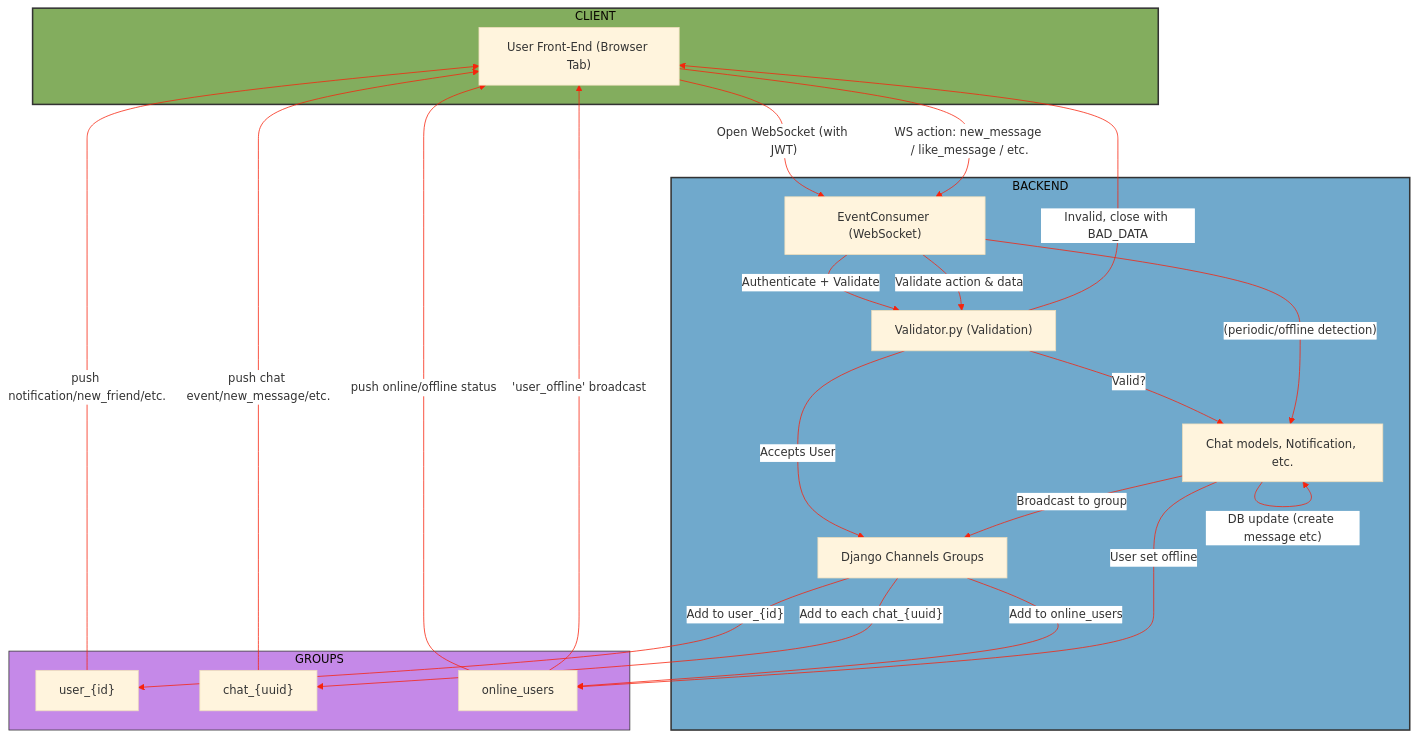
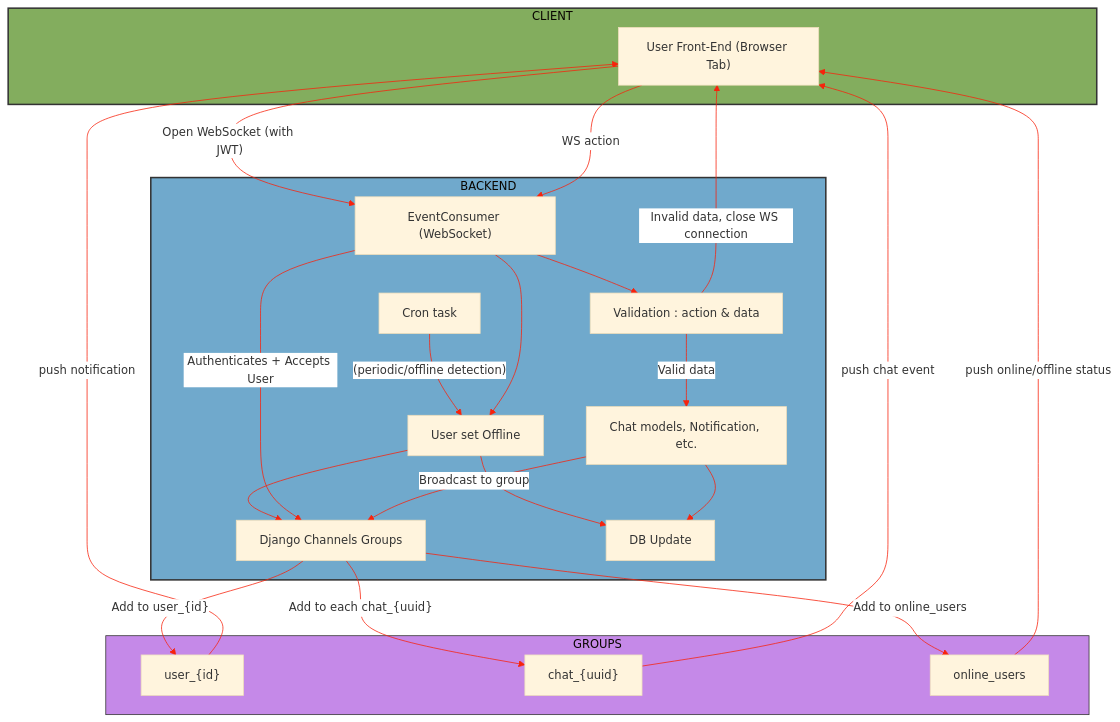
Before and after one commit to ysengoku/42-ft_transcendence: the diagram in doc/server/CHAT.md, drawn with Mermaid.

````diff
--- a/doc/server/CHAT.md
+++ b/doc/server/CHAT.md
@@ -167,69 +167,75 @@
 ```mermaid
 ---
 config:
   layout: dagre
   look: classic
   theme: base
   themeVariables:
     lineColor: '#f7230c'
     textColor: '#191919'
     fontSize: 15px
     nodeTextColor: '#000'
     edgeLabelBackground: '#fff'
 ---
 flowchart TD
   %% Clients
   subgraph CLIENT
   A["User Front-End (Browser Tab)"]
   end
 
 
   %% Backend components
   subgraph BACKEND
     B["EventConsumer (WebSocket)"]
-    C["Validator.py (Validation)"]
+    C["Validation : action & data"]
     D[Chat models, Notification, etc.]
     E[Django Channels Groups]
+    I[DB Update]
+    J[Cron task]
+    K[User set Offline]
   end
 
   %% WebSocket groups
   subgraph GROUPS
     F["user_{id}"]
     G["chat_{uuid}"]
     H["online_users"]
   end
 
   %% WebSocket handshake
   A -- "Open WebSocket (with JWT)" --> B
 
+  %% Crontab/Inactive disconnect
+  J -- "(periodic/offline detection)" --> K
+  K --> I
+  K --> E
+  B --> K
+
   %% Join groups after validation
-  B -- "Authenticate + Validate" --> C
-  C -- "Accepts User" --> E
+  B -- "Authenticates + Accepts User" --> E
   E -- "Add to user_{id}" --> F
   E -- "Add to online_users" --> H
   E -- "Add to each chat_{uuid}" --> G
 
   %% Real-time message flow
-  A -- "WS action: new_message / like_message / etc." --> B
-  B -- "Validate action & data" --> C
-  C -- "Valid?" --> D
-  D -- "DB update (create message etc)" --> D
+  A -- "WS action" --> B
+  B --> C
+  C -- "Valid data" --> D
+  D --> I
+
   D -- "Broadcast to group" --> E
 
   %% Group broadcasts back to clients
-  F -- "push notification/new_friend/etc." --> A
-  G -- "push chat event/new_message/etc." --> A
+  F -- "push notification" --> A
+  G -- "push chat event" --> A
   H -- "push online/offline status" --> A
 
   %% Error/Validation fails
-  C -- "Invalid, close with BAD_DATA" --> A
+  C -- "Invalid data, close WS connection" --> A
 
-  %% Crontab/Inactive disconnect
-  B -- "(periodic/offline detection)" --> D
-  D -- "User set offline" --> H
-  H -- "'user_offline' broadcast" --> A
+  
   %% Styling
   style CLIENT fill:#83ad5e,stroke:#333,stroke-width:2px
   style BACKEND fill:#70a9cc,stroke:#333,stroke-width:2px
   style GROUPS fill:#c589e8,stroke:#333,stroke-width:1px
 ```
````
